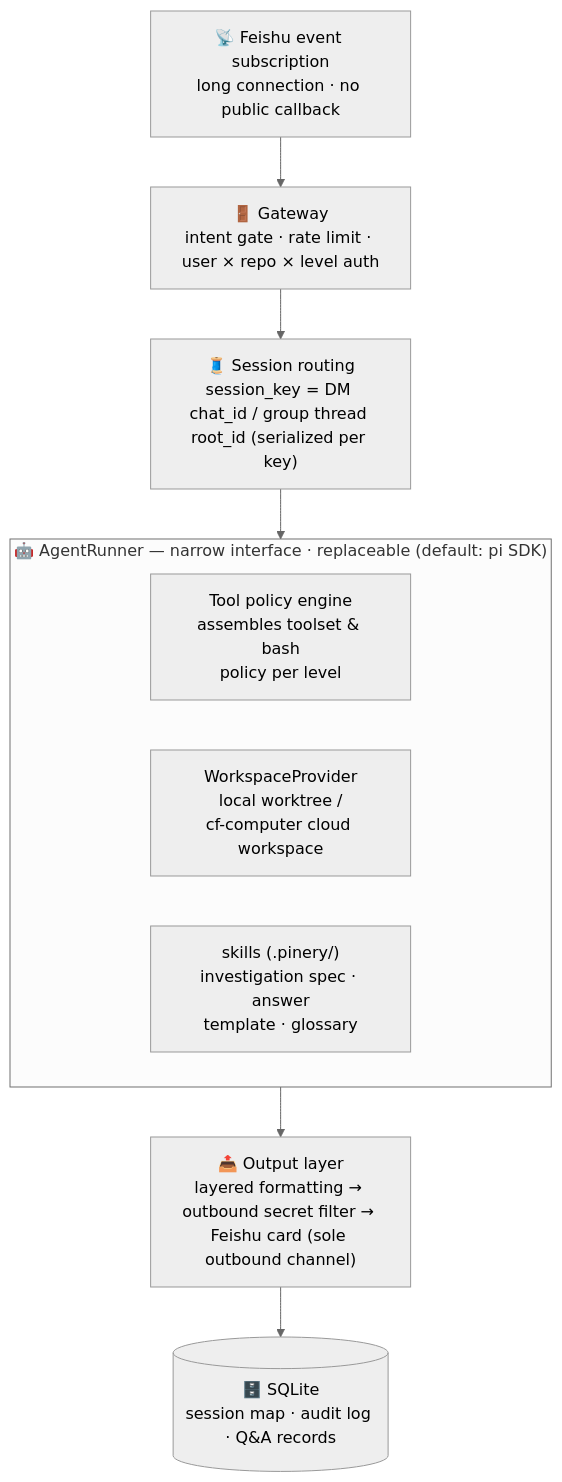
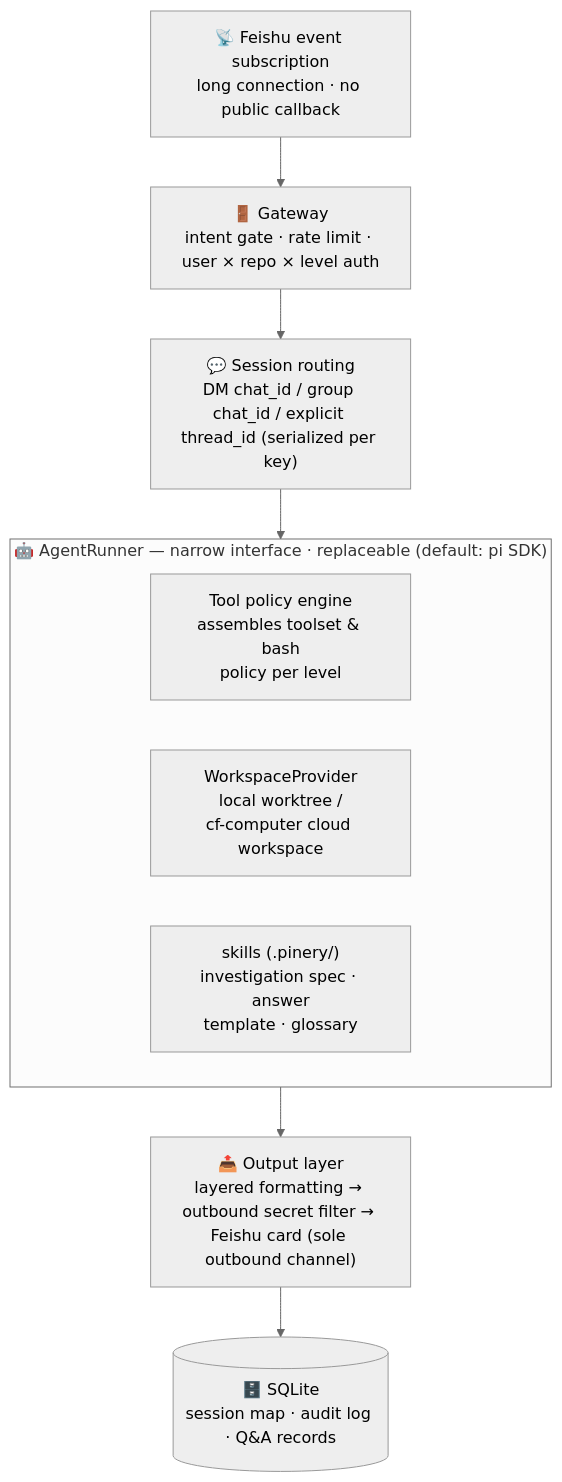
Before and after one commit to Iris-Ares/Pinery: the diagram in README.en.md, drawn with Mermaid (neutral theme). The commit also changed other lines of this file and 74 other files, not shown here.

````diff
--- a/README.en.md
+++ b/README.en.md
@@ -145,14 +145,14 @@
 ```mermaid
 flowchart TD
     FS["📡 Feishu event subscription<br/>long connection · no public callback"] --> GW["🚪 Gateway<br/>intent gate · rate limit · user × repo × level auth"]
-    GW --> SR["🧵 Session routing<br/>session_key = DM chat_id / group thread root_id (serialized per key)"]
+    GW --> SR["💬 Session routing<br/>DM chat_id / group chat_id / explicit thread_id (serialized per key)"]
     SR --> RUN
     subgraph RUN["🤖 AgentRunner — narrow interface · replaceable (default: pi SDK)"]
         direction LR
         TP["Tool policy engine<br/>assembles toolset & bash<br/>policy per level"]
         WS["WorkspaceProvider<br/>local worktree /<br/>cf-computer cloud workspace"]
         SK["skills (.pinery/)<br/>investigation spec · answer<br/>template · glossary"]
     end
     RUN --> OUT["📤 Output layer<br/>layered formatting → outbound secret filter → Feishu card (sole outbound channel)"]
     OUT --> DB[("🗄️ SQLite<br/>session map · audit log · Q&A records")]
 ```
````
